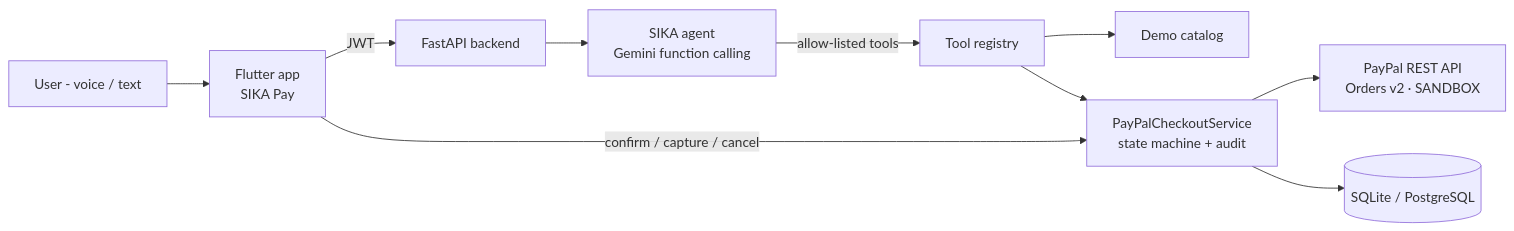
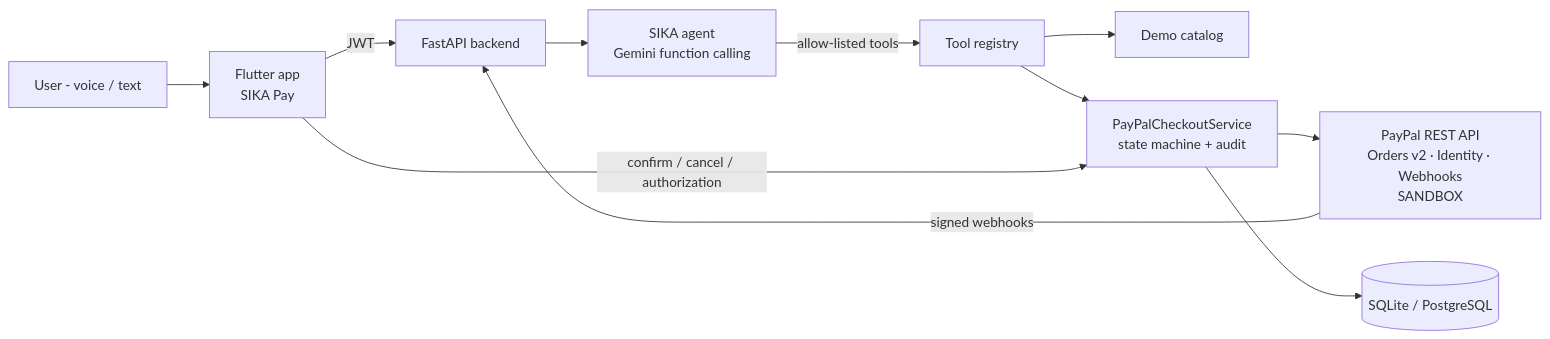
Before and after one commit to dav9fulldev/sika-agent: the diagram in README.md, drawn with Mermaid. The commit also changed other lines of this file and 46 other files, not shown here.

````diff
--- a/README.md
+++ b/README.md
@@ -80,12 +100,13 @@
 ```mermaid
 flowchart LR
   U[User - voice / text] --> APP[Flutter app<br/>SIKA Pay]
   APP -->|JWT| API[FastAPI backend]
   API --> AG[SIKA agent<br/>Gemini function calling]
   AG -->|allow-listed tools| TR[Tool registry]
   TR --> CAT[Demo catalog]
   TR --> CS[PayPalCheckoutService<br/>state machine + audit]
-  APP -->|confirm / capture / cancel| CS
-  CS --> PP[PayPal REST API<br/>Orders v2 · SANDBOX]
+  APP -->|confirm / cancel / authorization| CS
+  CS --> PP[PayPal REST API<br/>Orders v2 · Identity · Webhooks<br/>SANDBOX]
+  PP -->|signed webhooks| API
   CS --> DB[(SQLite / PostgreSQL)]
 ```
````
